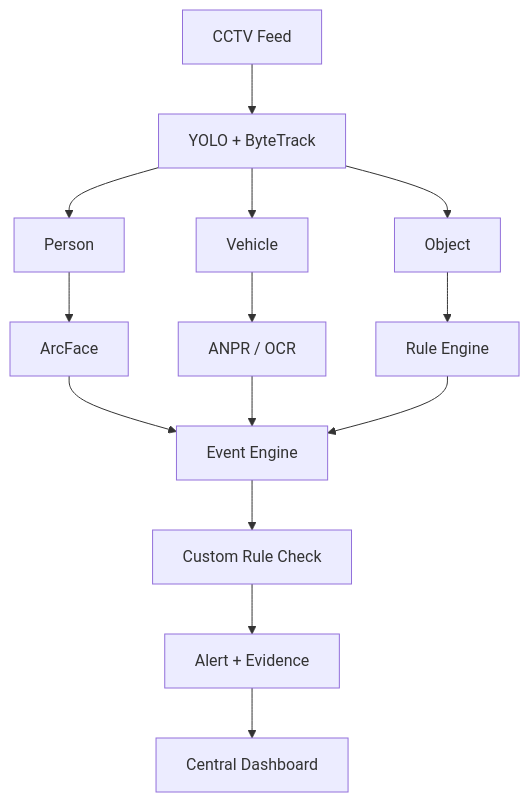
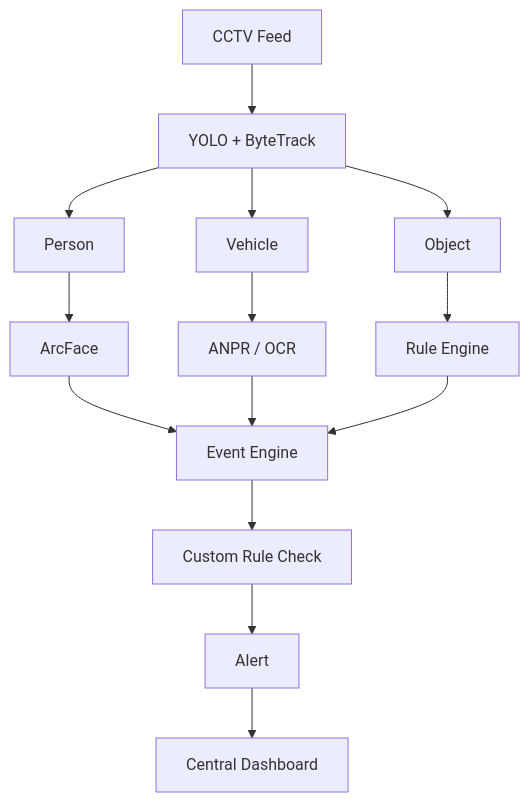
One commit to prodev717/scope changed the first of 2 diagrams in README.md. Above: the diagram before and after it, drawn with Mermaid. The commit also changed other lines of this file and 2 other files, not shown here.

````diff
--- a/README.md
+++ b/README.md
@@ -90,20 +89,20 @@
 ```mermaid
 flowchart TD
     CCTV[CCTV Feed] --> YB[YOLO + ByteTrack]
 
     YB --> P[Person]
     YB --> V[Vehicle]
     YB --> O[Object]
 
     P --> AF[ArcFace]
     V --> ANPR[ANPR / OCR]
     O --> R[Rule Engine]
 
     AF --> EE[Event Engine]
     ANPR --> EE
     R --> EE
 
     EE --> C[Custom Rule Check]
-    C --> AE[Alert + Evidence]
+    C --> AE[Alert]
     AE --> CD[Central Dashboard]
 ```
````
